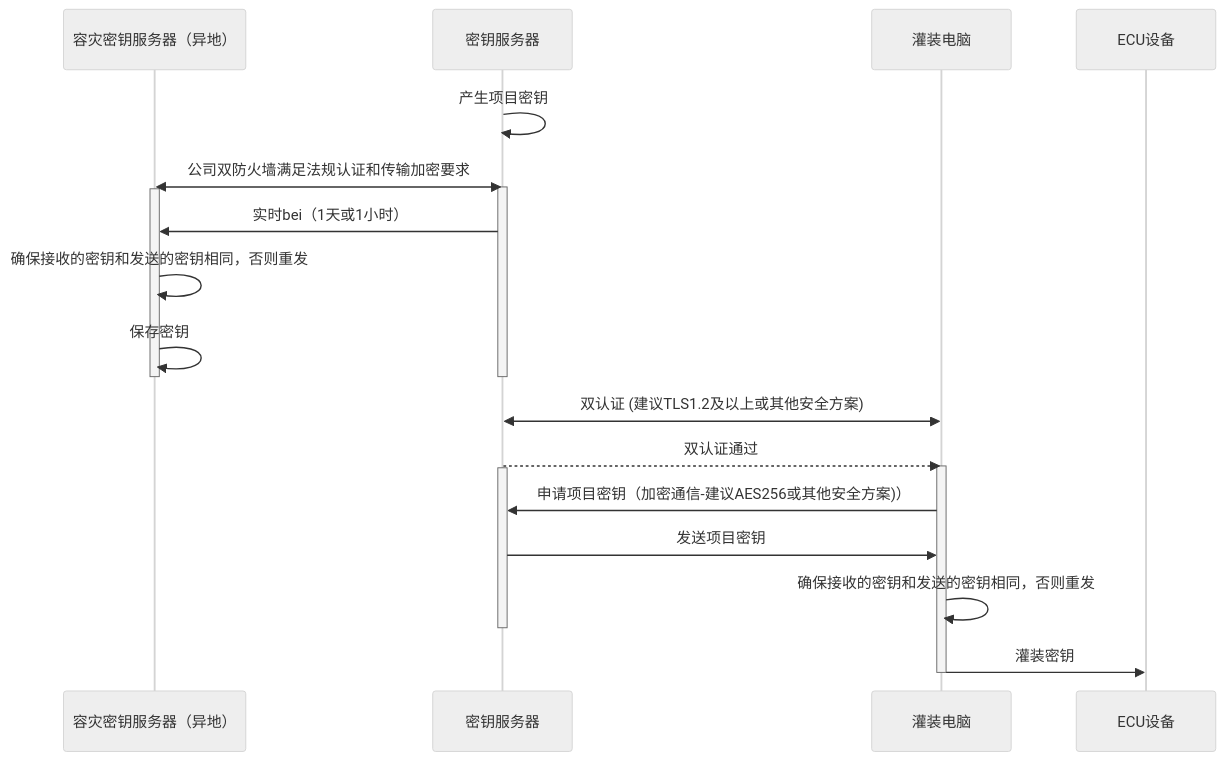
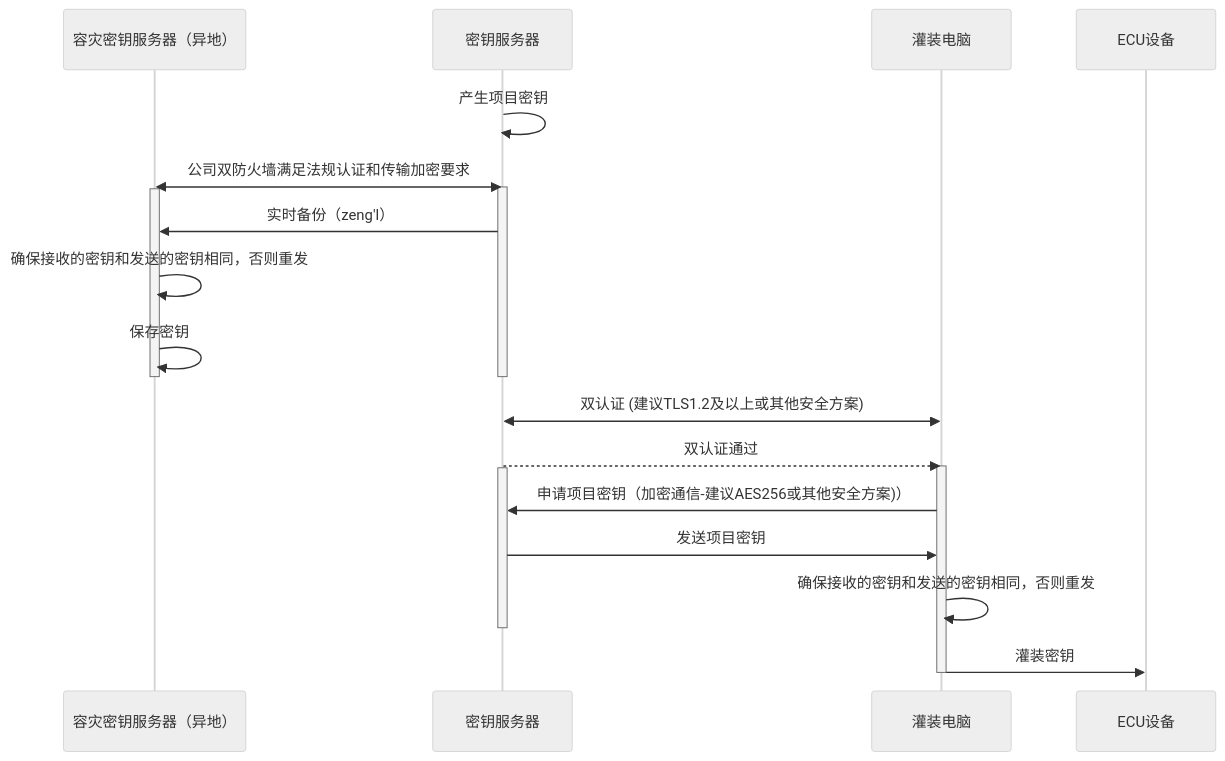
The diagram in all/未命名-15.md (facebook-cloud/iodraw-files), drawn with Mermaid (neutral theme) before and after one commit.

Commit message:
2026-02-07 09:49:41 update

````diff
--- a/all/未命名-15.md
+++ b/all/未命名-15.md
@@ -1,31 +1,31 @@
 ```mermaid
 sequenceDiagram
     participant B as 容灾密钥服务器（异地）
     participant A as 密钥服务器
     participant C as 灌装电脑
     participant D as ECU设备
 
     A->>A: 产生项目密钥
     A<<->>B: 公司双防火墙满足法规认证和传输加密要求
     activate A
     activate B
-    A->>B: 实时bei（1天或1小时）
+    A->>B: 实时备份（zeng'l）
 
     B->>B: 确保接收的密钥和发送的密钥相同，否则重发
     B->>B: 保存密钥
     deactivate B
     deactivate A
 
     C<<->>A: 双认证 (建议TLS1.2及以上或其他安全方案)
     A-->>C: 双认证通过
     activate C
     activate A
     C->>A: 申请项目密钥（加密通信-建议AES256或其他安全方案)）
     A->>C: 发送项目密钥
 
     C->>C: 确保接收的密钥和发送的密钥相同，否则重发
     deactivate A
     C->>D: 灌装密钥
     deactivate C
 
 ```
````
